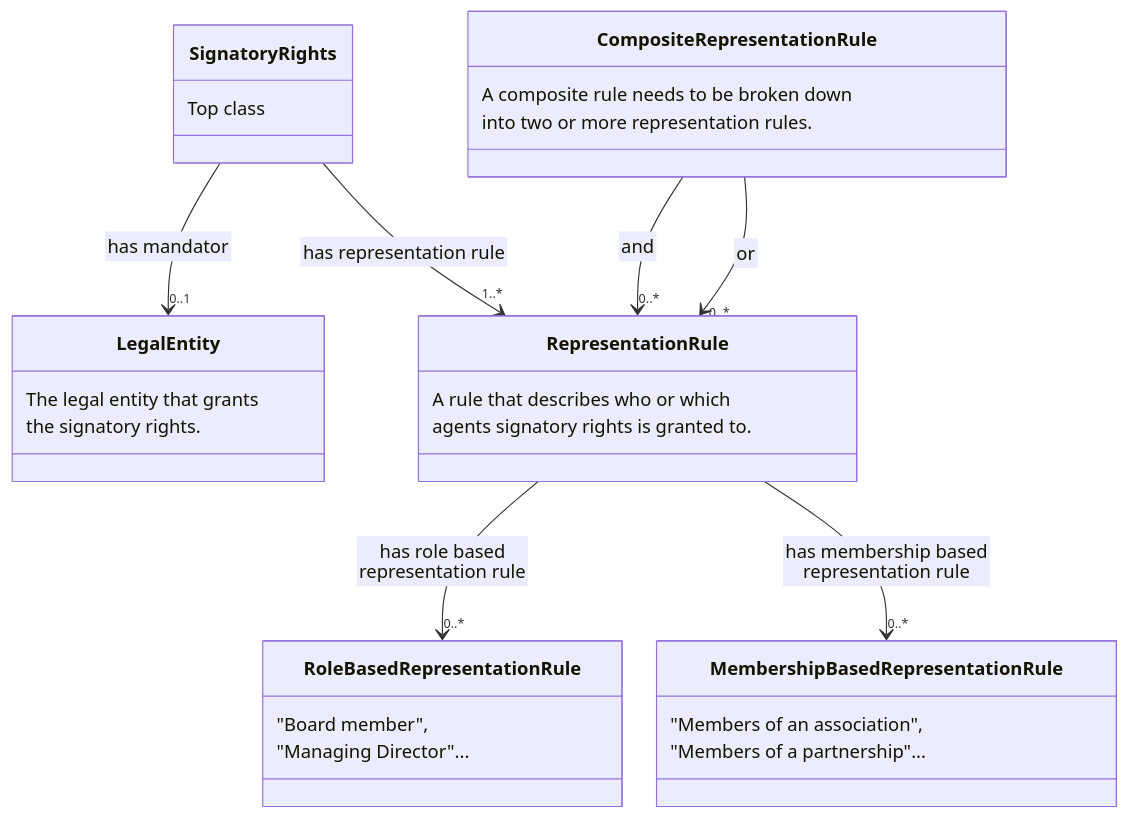
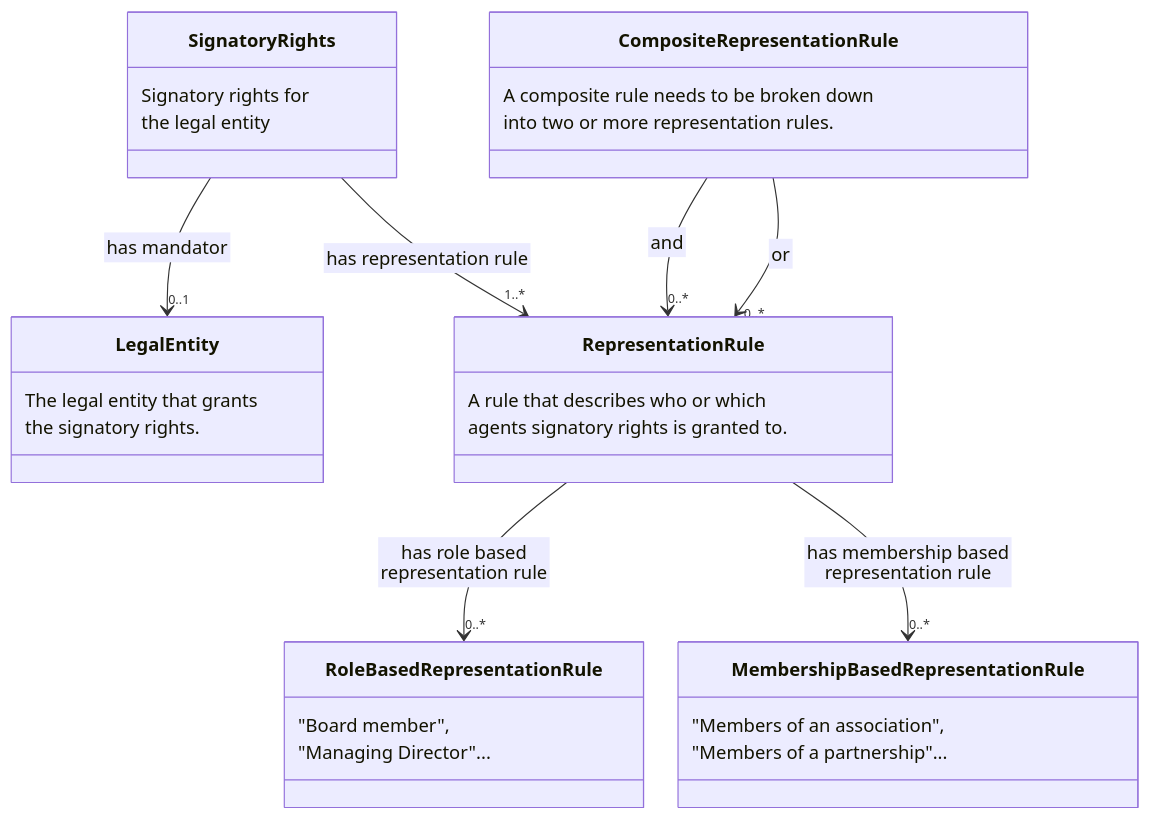
The first of 2 diagrams in README.md (nordicsmartgovernment/Nordic-Signatory-Rights-Model), drawn with Mermaid before and after one commit. The commit also changed other lines of this file, not shown here.

````diff
--- a/README.md
+++ b/README.md
@@ -21,43 +21,44 @@
 ```mermaid
  %%{init:{'flowchart':{'nodeSpacing': 30, 'rankSpacing': 95, 'htmlLabels': false}}}%%
     classDiagram
        
         class Signatory Rights {
-            Top class
+            Signatory rights for
+            the legal entity
         }
 
         Signatory Rights --> "0..1" Legal Entity : has mandator
         Signatory Rights --> "1..*" Representation Rule : has representation rule
 
         class Legal Entity {
            The legal entity that grants
            the signatory rights.
         }
 
         class Representation Rule {
            A rule that describes who or which
            agents signatory rights is granted to.
         }
 
         Representation Rule  --> "0..*" Role Based Representation Rule : has role based representation rule
         Representation Rule --> "0..*" Membership Based Representation Rule : has membership based representation rule
 
         class Role Based Representation Rule {
            "Board member",
            "Managing Director"...
         }
 
         class Membership Based Representation Rule {
            "Members of an association",
            "Members of a partnership"...
         }
 
         class Composite Representation Rule {
            A composite rule needs to be broken down
            into two or more representation rules.
         }
 
         Composite Representation Rule --> "0..*" Representation Rule : and
         Composite Representation Rule --> "0..*" Representation Rule : or
 
 ```
````
